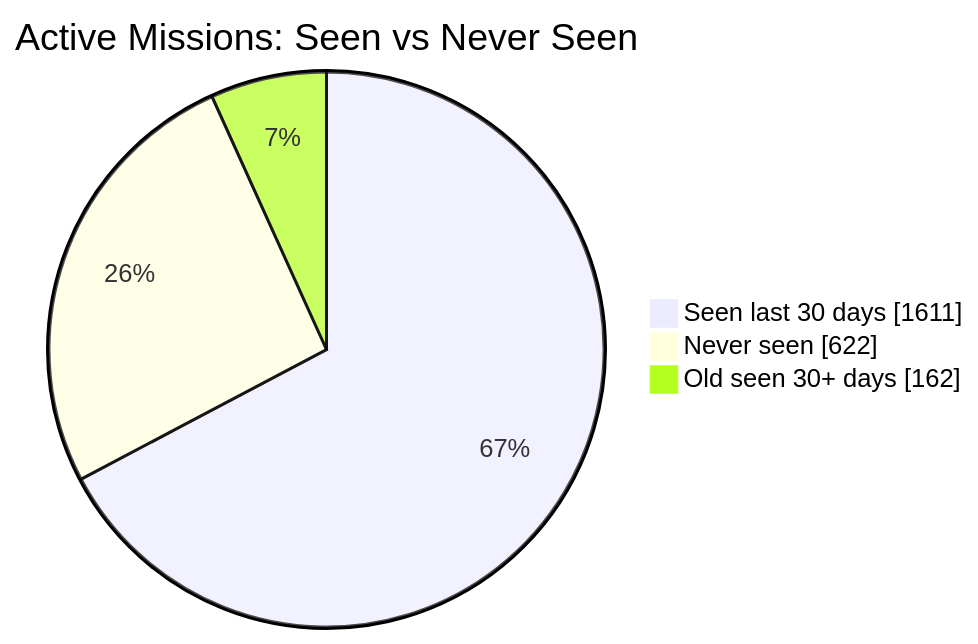
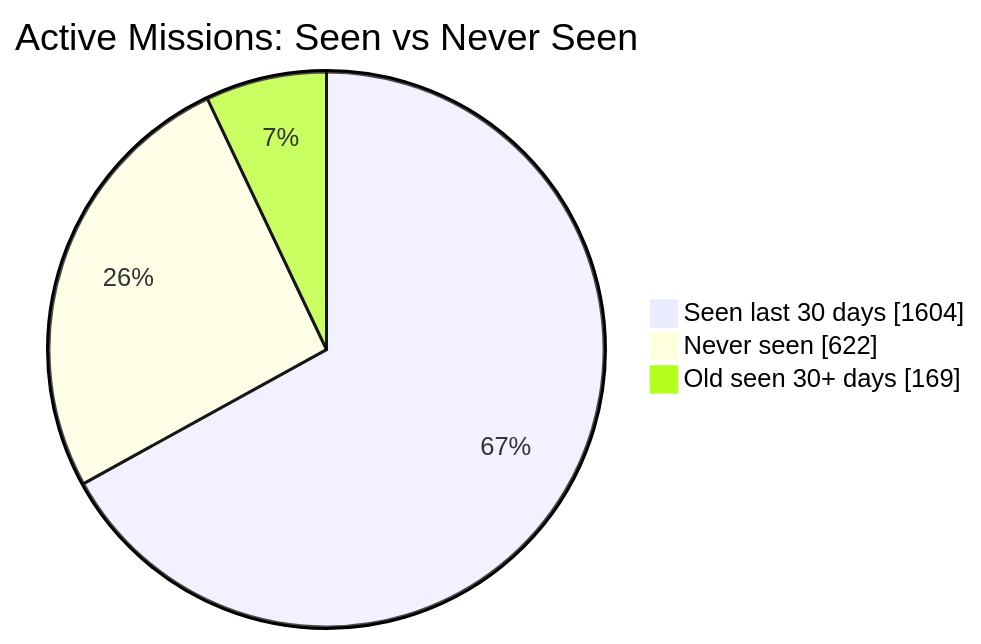
One commit to MeldkamerspelGameTeam/active-missions changed the first of 2 diagrams in README.md. Above: the diagram before and after it, drawn with Mermaid. The commit also changed other lines of this file and 3 other files, not shown here.

````diff
--- a/README.md
+++ b/README.md
@@ -34,7 +34,7 @@
 ```mermaid
 pie showData
     title Active Missions: Seen vs Never Seen
-    "Seen last 30 days" : 1611
+    "Seen last 30 days" : 1604
     "Never seen" : 622
-    "Old seen 30+ days" : 162
+    "Old seen 30+ days" : 169
 ```
````
